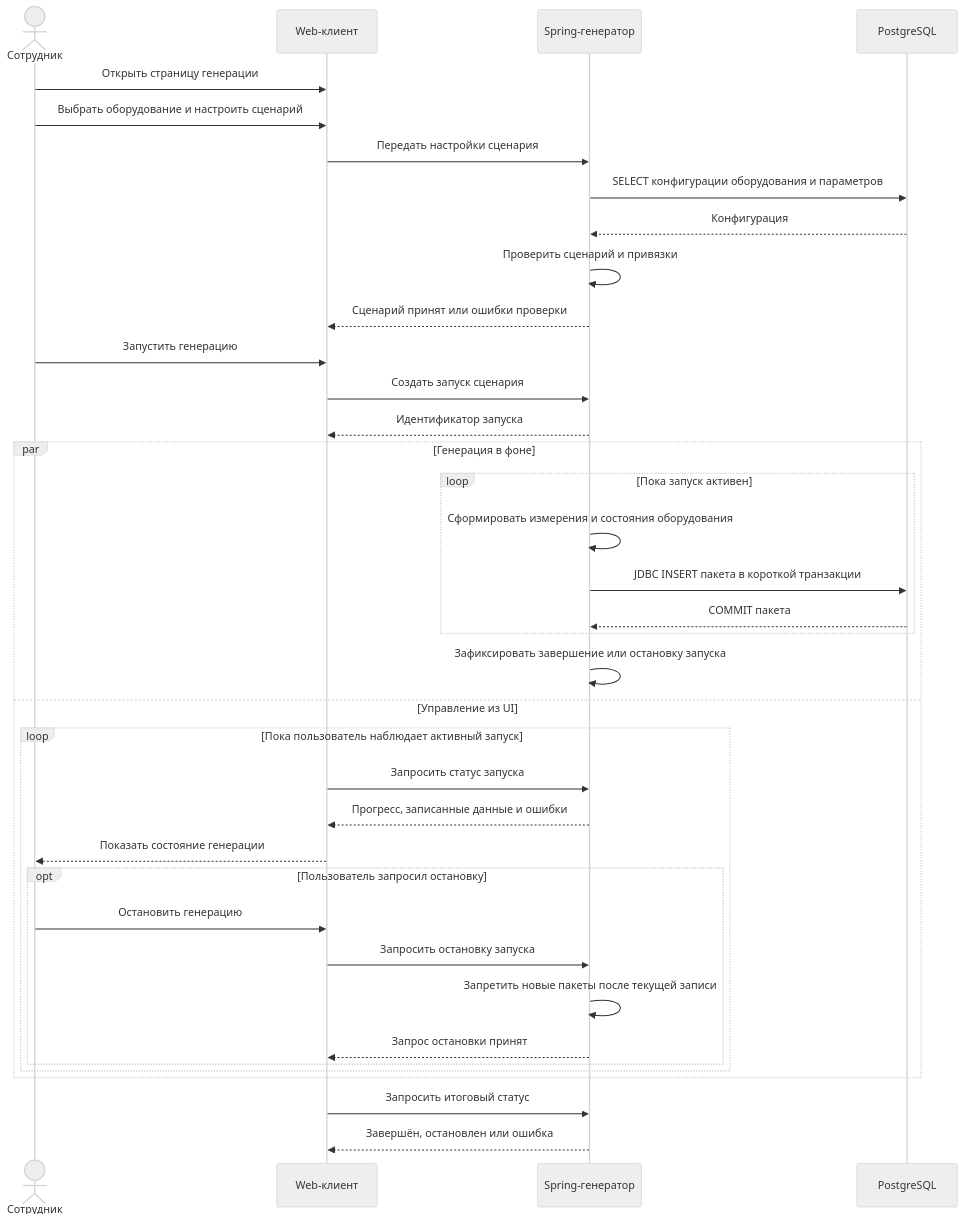
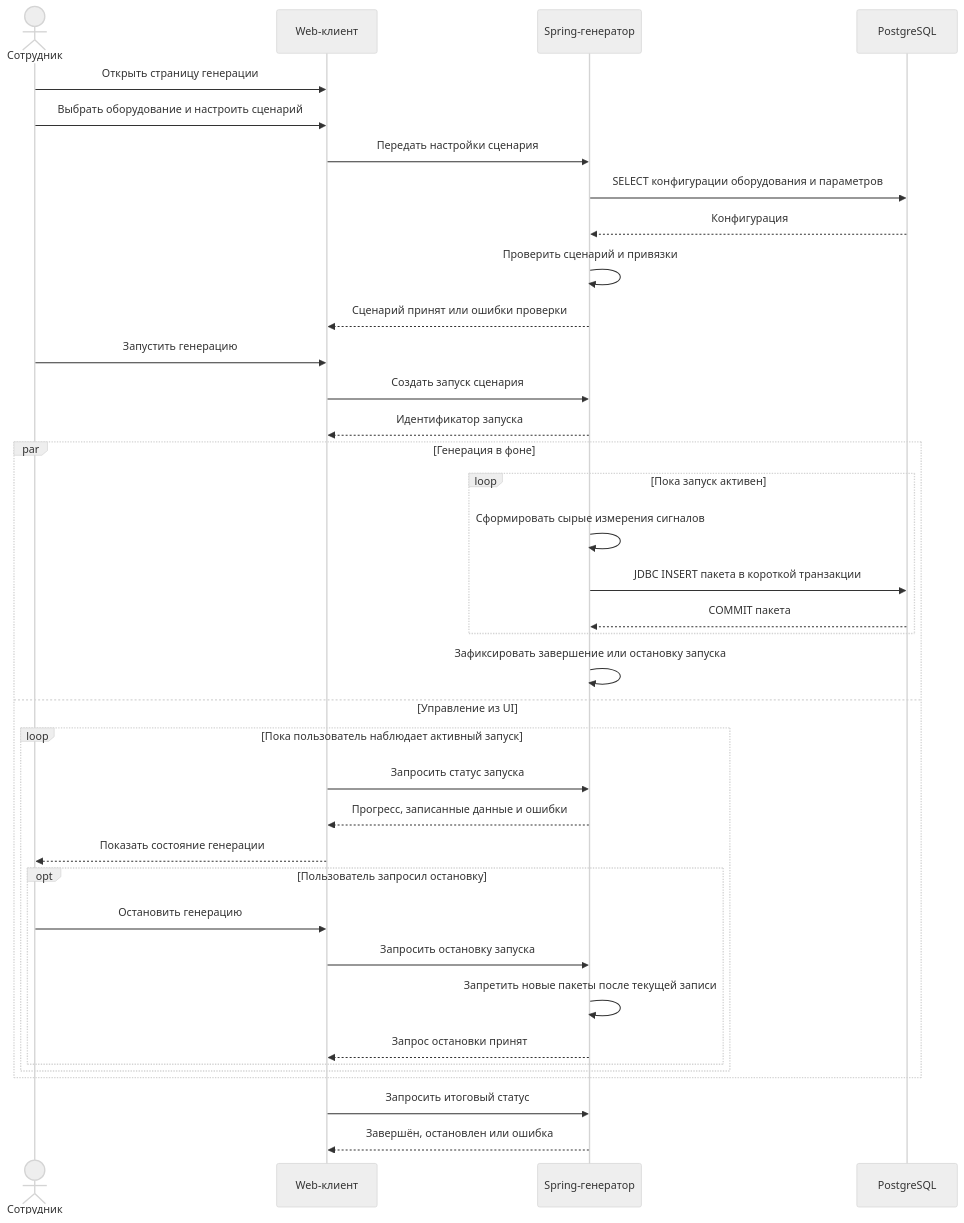
The seventh of 8 diagrams in docs/architecture/fkit-bi-architecture.md (FKIT-BI/fkit-bi-infra), drawn with Mermaid (neutral theme) before and after one commit. The commit also changed other lines of this file and 141 other files, not shown here.

Commit message:
docs(architecture): record backend and analytics specifications

````diff
--- a/docs/architecture/fkit-bi-architecture.md
+++ b/docs/architecture/fkit-bi-architecture.md
@@ -272,39 +266,39 @@
 ```mermaid
 sequenceDiagram
     actor U as Сотрудник
     participant W as Web-клиент
     participant G as Spring-генератор
     participant D as PostgreSQL
     U->>W: Открыть страницу генерации
     U->>W: Выбрать оборудование и настроить сценарий
     W->>G: Передать настройки сценария
     G->>D: SELECT конфигурации оборудования и параметров
     D-->>G: Конфигурация
     G->>G: Проверить сценарий и привязки
     G-->>W: Сценарий принят или ошибки проверки
     U->>W: Запустить генерацию
     W->>G: Создать запуск сценария
     G-->>W: Идентификатор запуска
     par Генерация в фоне
         loop Пока запуск активен
-            G->>G: Сформировать измерения и состояния оборудования
+            G->>G: Сформировать сырые измерения сигналов
             G->>D: JDBC INSERT пакета в короткой транзакции
             D-->>G: COMMIT пакета
         end
         G->>G: Зафиксировать завершение или остановку запуска
     and Управление из UI
         loop Пока пользователь наблюдает активный запуск
             W->>G: Запросить статус запуска
             G-->>W: Прогресс, записанные данные и ошибки
             W-->>U: Показать состояние генерации
             opt Пользователь запросил остановку
                 U->>W: Остановить генерацию
                 W->>G: Запросить остановку запуска
                 G->>G: Запретить новые пакеты после текущей записи
                 G-->>W: Запрос остановки принят
             end
         end
     end
     W->>G: Запросить итоговый статус
     G-->>W: Завершён, остановлен или ошибка
 ```
````
